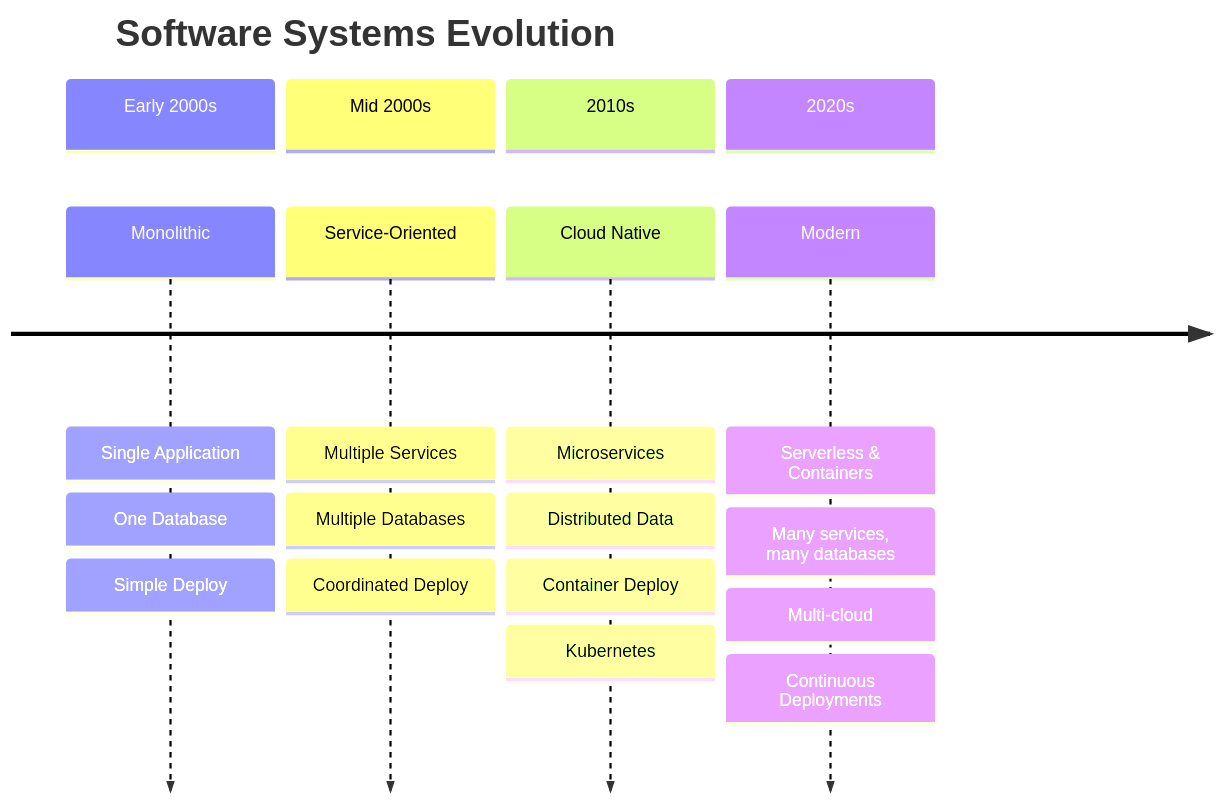
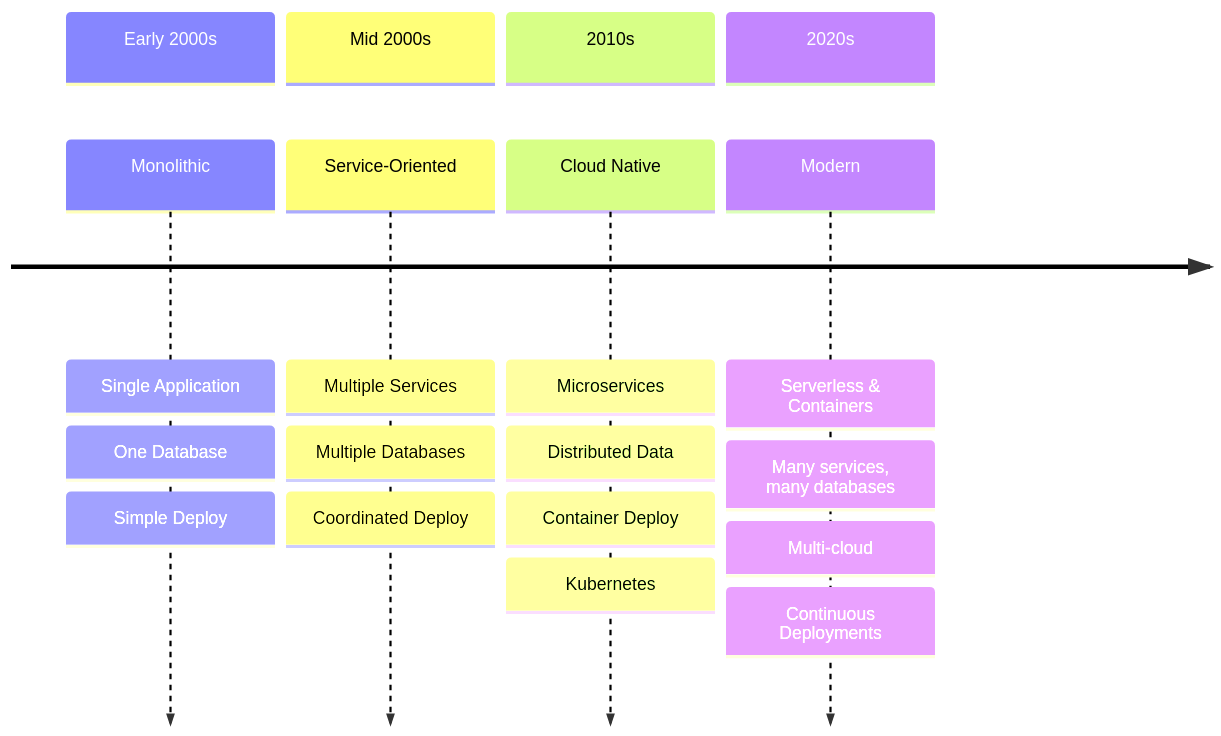
Before and after one commit to voioo/iac-pulumi-seminar: the second of 2 diagrams in pages/section-1.md, drawn with Mermaid. The commit also changed other lines of this file and 7 other files, not shown here.

````diff
--- a/pages/section-1.md
+++ b/pages/section-1.md
@@ -163,22 +162,21 @@
 ```mermaid
 timeline
-    title Software Systems Evolution
     section Early 2000s
         Monolithic : Single Application
         : One Database
         : Simple Deploy
     section Mid 2000s
         Service-Oriented : Multiple Services
         : Multiple Databases
         : Coordinated Deploy
     section 2010s
         Cloud Native : Microservices
         : Distributed Data
         : Container Deploy
         : Kubernetes
     section 2020s
         Modern : Serverless & Containers
         : Many services, many databases
         : Multi-cloud
         : Continuous Deployments
 ```
````
